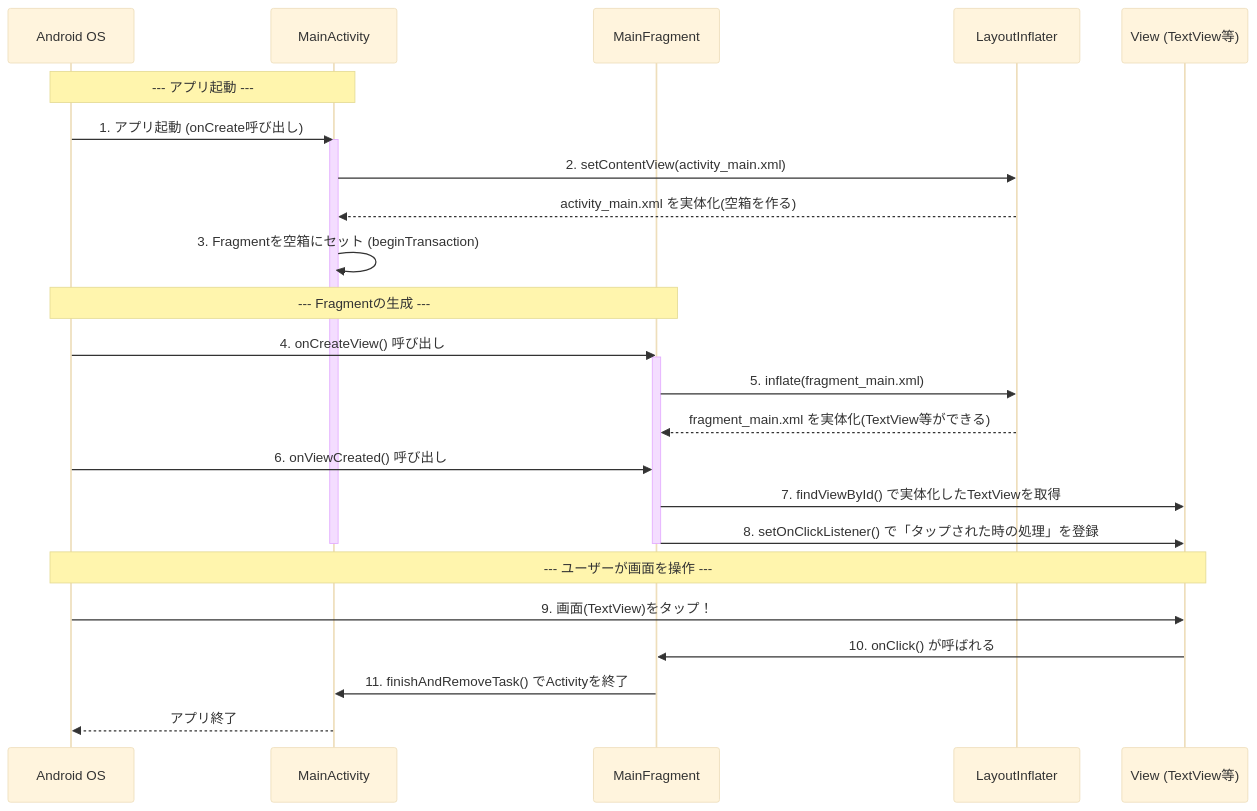
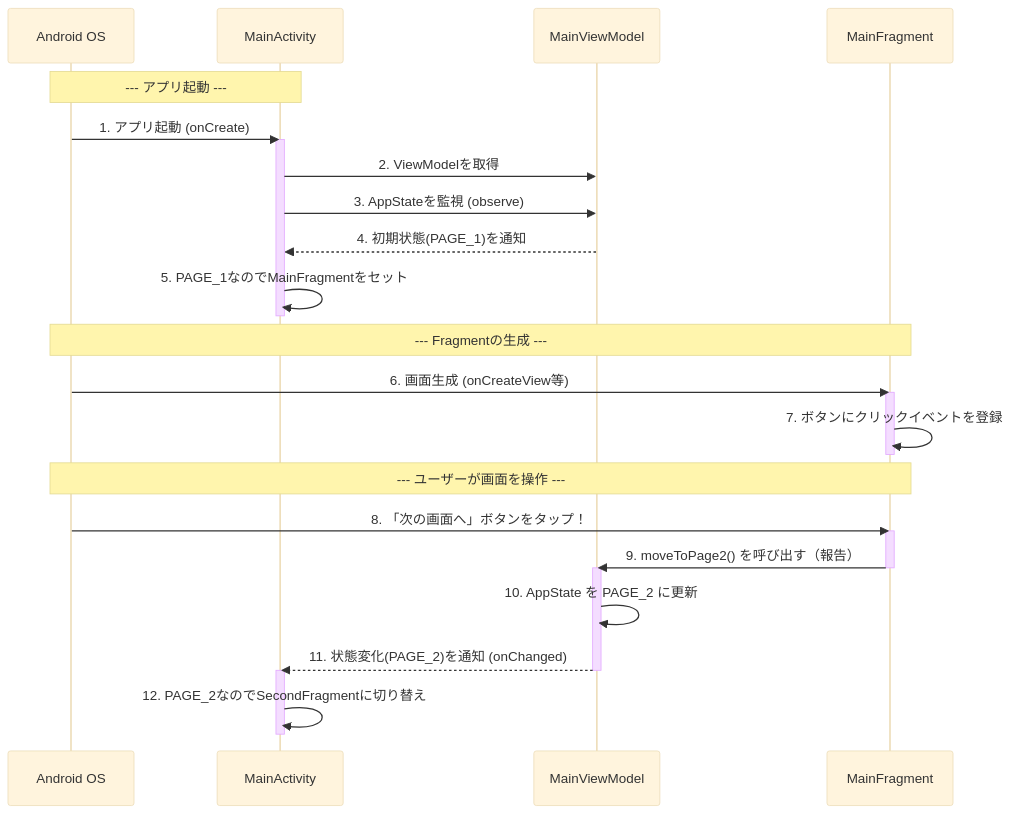
Before and after one commit to rotani/android-study: the second of 2 diagrams in README.md, drawn with Mermaid (base theme). The commit also changed other lines of this file and 5 other files, not shown here.

````diff
--- a/README.md
+++ b/README.md
@@ -59,36 +62,40 @@
 ```mermaid
 sequenceDiagram
     participant OS as Android OS
     participant Activity as MainActivity
+    participant VM as MainViewModel
     participant Fragment as MainFragment
-    participant Inflater as LayoutInflater
-    participant View as View (TextView等)
 
     Note over OS, Activity: --- アプリ起動 ---
-    OS->>Activity: 1. アプリ起動 (onCreate呼び出し)
+    OS->>Activity: 1. アプリ起動 (onCreate)
     activate Activity
     
-    Activity->>Inflater: 2. setContentView(activity_main.xml)
-    Inflater-->>Activity: activity_main.xml を実体化(空箱を作る)
+    Activity->>VM: 2. ViewModelを取得
+    Activity->>VM: 3. AppStateを監視 (observe)
+    VM-->>Activity: 4. 初期状態(PAGE_1)を通知
 
-    Activity->>Activity: 3. Fragmentを空箱にセット (beginTransaction)
+    Activity->>Activity: 5. PAGE_1なのでMainFragmentをセット
+    deactivate Activity
     
     Note over OS, Fragment: --- Fragmentの生成 ---
-    OS->>Fragment: 4. onCreateView() 呼び出し
+    OS->>Fragment: 6. 画面生成 (onCreateView等)
     activate Fragment
-    Fragment->>Inflater: 5. inflate(fragment_main.xml)
-    Inflater-->>Fragment: fragment_main.xml を実体化(TextView等ができる)
+    Fragment->>Fragment: 7. ボタンにクリックイベントを登録
+    deactivate Fragment
+
+    Note over OS, Fragment: --- ユーザーが画面を操作 ---
     
-    OS->>Fragment: 6. onViewCreated() 呼び出し
-    Fragment->>View: 7. findViewById() で実体化したTextViewを取得
-    Fragment->>View: 8. setOnClickListener() で「タップされた時の処理」を登録
+    OS->>Fragment: 8. 「次の画面へ」ボタンをタップ！
+    activate Fragment
+    Fragment->>VM: 9. moveToPage2() を呼び出す（報告）
     deactivate Fragment
+    
+    activate VM
+    VM->>VM: 10. AppState を PAGE_2 に更新
+    VM-->>Activity: 11. 状態変化(PAGE_2)を通知 (onChanged)
+    deactivate VM
+    
+    activate Activity
+    Activity->>Activity: 12. PAGE_2なのでSecondFragmentに切り替え
     deactivate Activity
-
-    Note over OS, View: --- ユーザーが画面を操作 ---
-    
-    OS->>View: 9. 画面(TextView)をタップ！
-    View->>Fragment: 10. onClick() が呼ばれる
-    Fragment->>Activity: 11. finishAndRemoveTask() でActivityを終了
-    Activity-->>OS: アプリ終了
 ```
````
